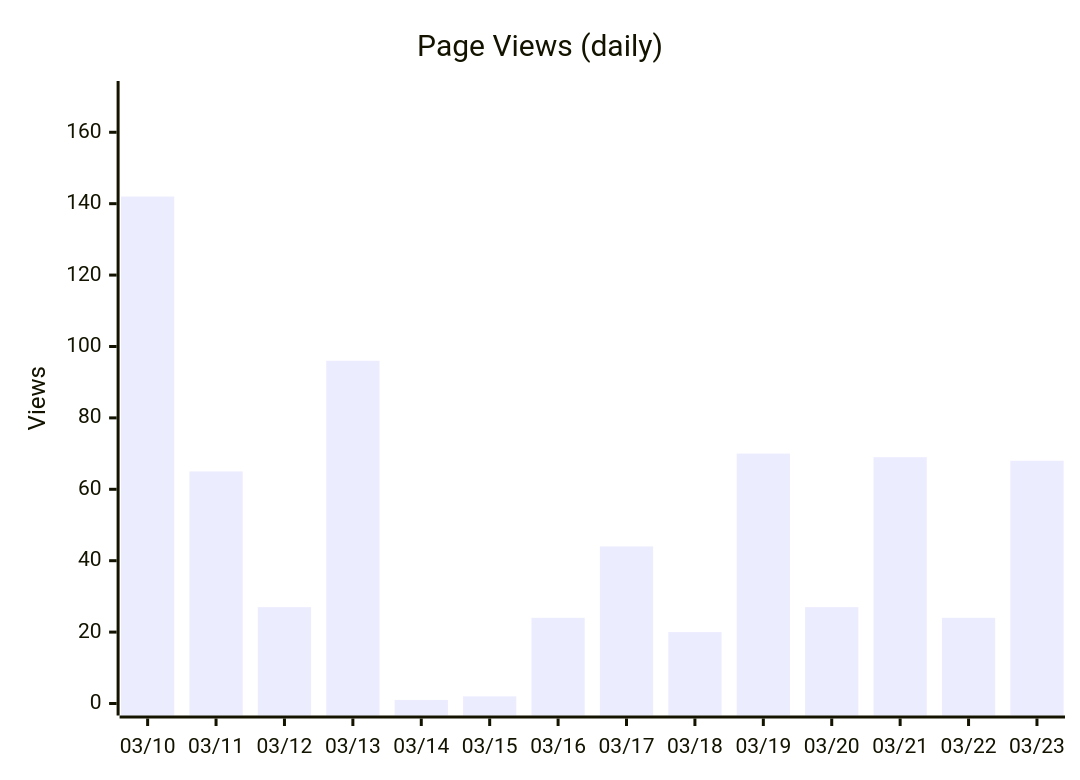
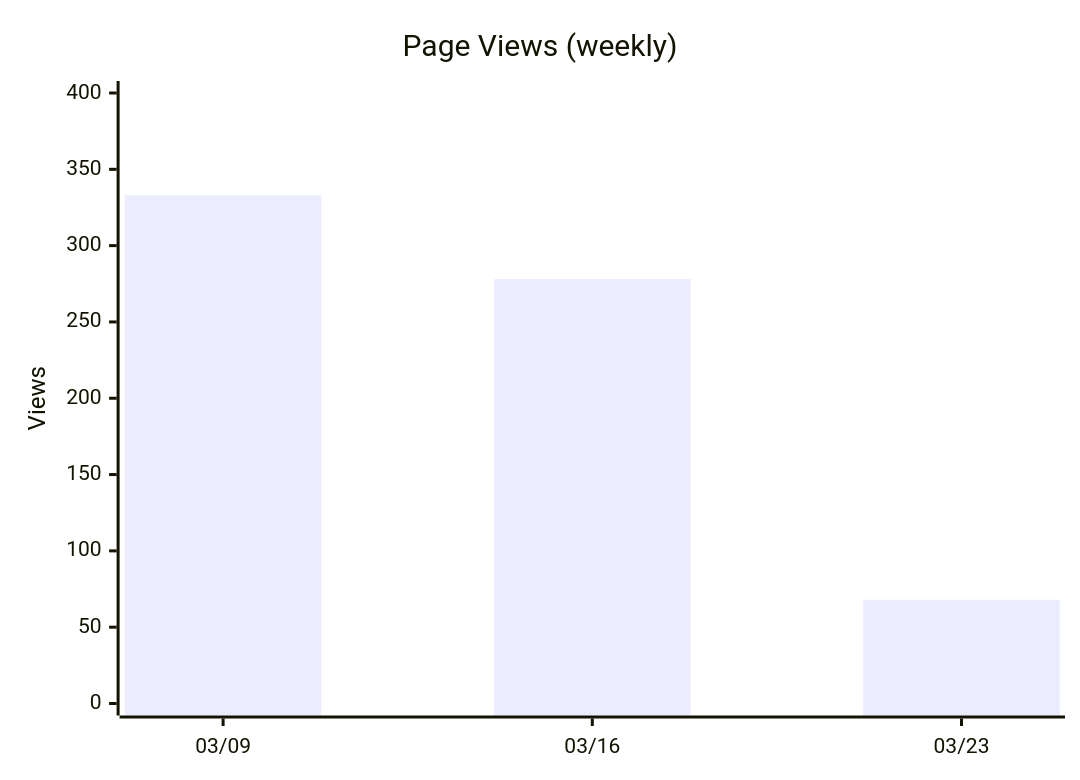
Diagram 12 of 14 in docs/metrics.md (nablarch/nabledge-dev), drawn with Mermaid before and after one commit. The commit also changed other lines of this file, not shown here.

````diff
--- a/docs/metrics.md
+++ b/docs/metrics.md
@@ -132,7 +132,7 @@
 ```mermaid
 xychart-beta
-  title "Page Views (daily)"
-  x-axis ["03/10", "03/11", "03/12", "03/13", "03/14", "03/15", "03/16", "03/17", "03/18", "03/19", "03/20", "03/21", "03/22", "03/23"]
-  y-axis "Views" 0 --> 171
-  bar [142, 65, 27, 96, 1, 2, 24, 44, 20, 70, 27, 69, 24, 68]
+  title "Page Views (weekly)"
+  x-axis ["03/09", "03/16", "03/23"]
+  y-axis "Views" 0 --> 400
+  bar [333, 278, 68]
 ```
````
